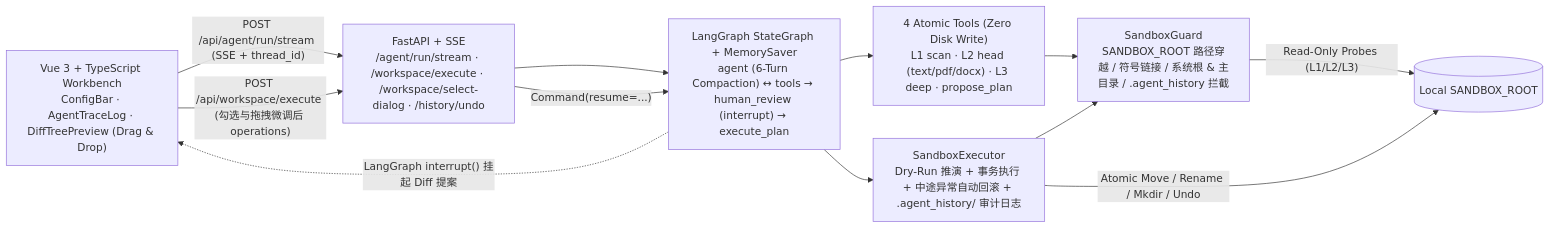
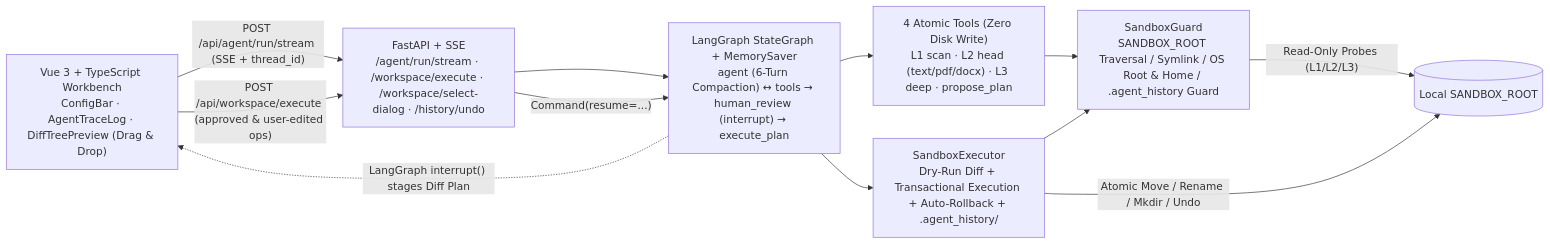
Before and after one commit to Hairiisgoat/SafeWorkspace-Agent: the diagram in README.md, drawn with Mermaid. The commit also changed other lines of this file and 1 other file, not shown here.

````diff
--- a/README.md
+++ b/README.md
@@ -33,22 +40,22 @@
 ```mermaid
 flowchart LR
     UI["Vue 3 + TypeScript Workbench<br/>ConfigBar · AgentTraceLog · DiffTreePreview (Drag & Drop)"]
     API["FastAPI + SSE<br/>/agent/run/stream · /workspace/execute · /workspace/select-dialog · /history/undo"]
     LG["LangGraph StateGraph + MemorySaver<br/>agent (6-Turn Compaction) ↔ tools → human_review (interrupt) → execute_plan"]
     T4["4 Atomic Tools (Zero Disk Write)<br/>L1 scan · L2 head (text/pdf/docx) · L3 deep · propose_plan"]
-    GUARD["SandboxGuard<br/>SANDBOX_ROOT 路径穿越 / 符号链接 / 系统根 & 主目录 / .agent_history 拦截"]
-    EXEC["SandboxExecutor<br/>Dry-Run 推演 + 事务执行 + 中途异常自动回滚 + .agent_history/ 审计日志"]
+    GUARD["SandboxGuard<br/>SANDBOX_ROOT Traversal / Symlink / OS Root & Home / .agent_history Guard"]
+    EXEC["SandboxExecutor<br/>Dry-Run Diff + Transactional Execution + Auto-Rollback + .agent_history/"]
     FS[("Local SANDBOX_ROOT")]
 
     UI -- "POST /api/agent/run/stream (SSE + thread_id)" --> API
     API --> LG
     LG --> T4
     T4 --> GUARD
     GUARD -- "Read-Only Probes (L1/L2/L3)" --> FS
-    LG -. "LangGraph interrupt() 挂起 Diff 提案" .-> UI
-    UI -- "POST /api/workspace/execute (勾选与拖拽微调后 operations)" --> API
+    LG -. "LangGraph interrupt() stages Diff Plan" .-> UI
+    UI -- "POST /api/workspace/execute (approved & user-edited ops)" --> API
     API -- "Command(resume=...)" --> LG
     LG --> EXEC
     EXEC --> GUARD
     EXEC -- "Atomic Move / Rename / Mkdir / Undo" --> FS
 ```
````
